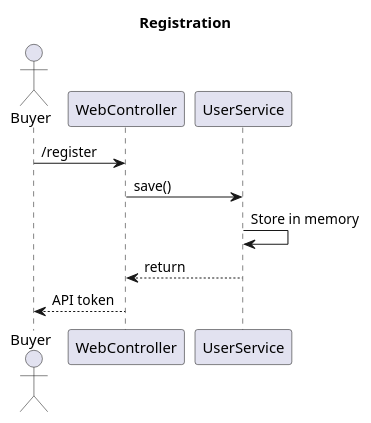
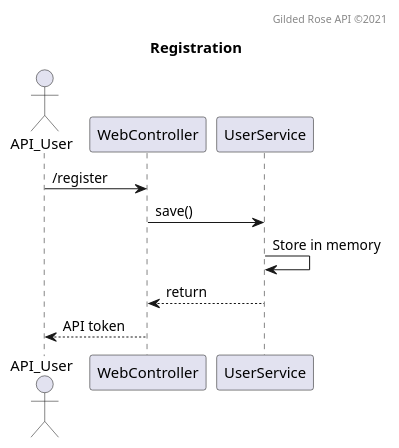
The diagram in src/main/resources/seq.register.puml (bladewheels/GildedRoseAPI), drawn with PlantUML before and after one commit. The commit also changed 3 other files, not shown here.

Commit message:
More UML for registration & shopping.

```diff
--- a/src/main/resources/seq.register.puml
+++ b/src/main/resources/seq.register.puml
@@ -1,11 +1,13 @@
 @startuml
 title Registration
-actor Buyer
+header Gilded Rose API ©2021
 
-Buyer -> WebController : /register
+actor API_User
+
+API_User -> WebController : /register
 WebController -> UserService : save()
 ' The following self-reference seems to defy web browser caching?!
 UserService -> UserService: Store in memory
 WebController <-- UserService : return
-Buyer <-- WebController : API token
+API_User <-- WebController : API token
 @enduml
```
